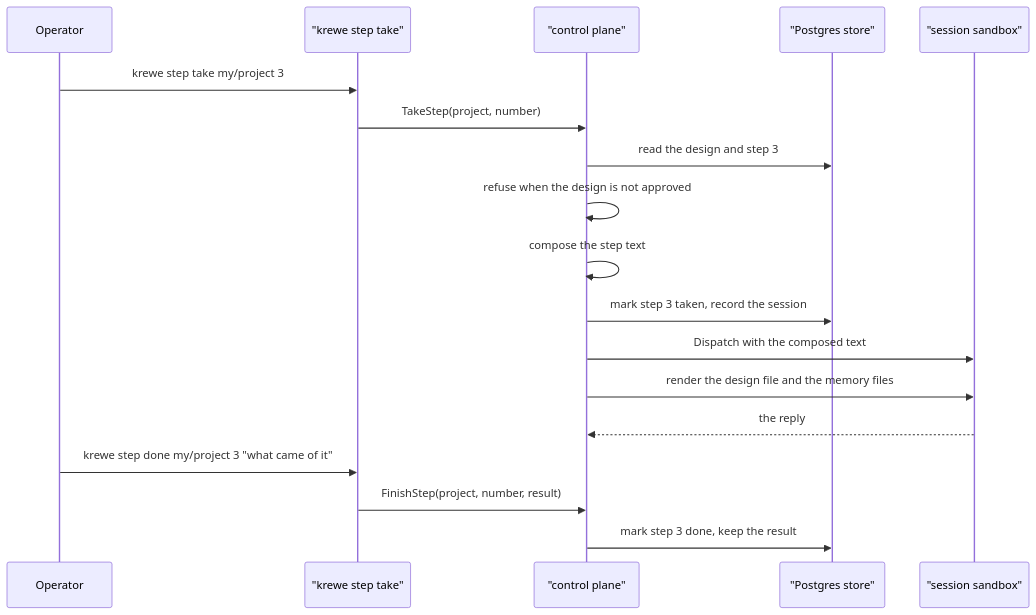
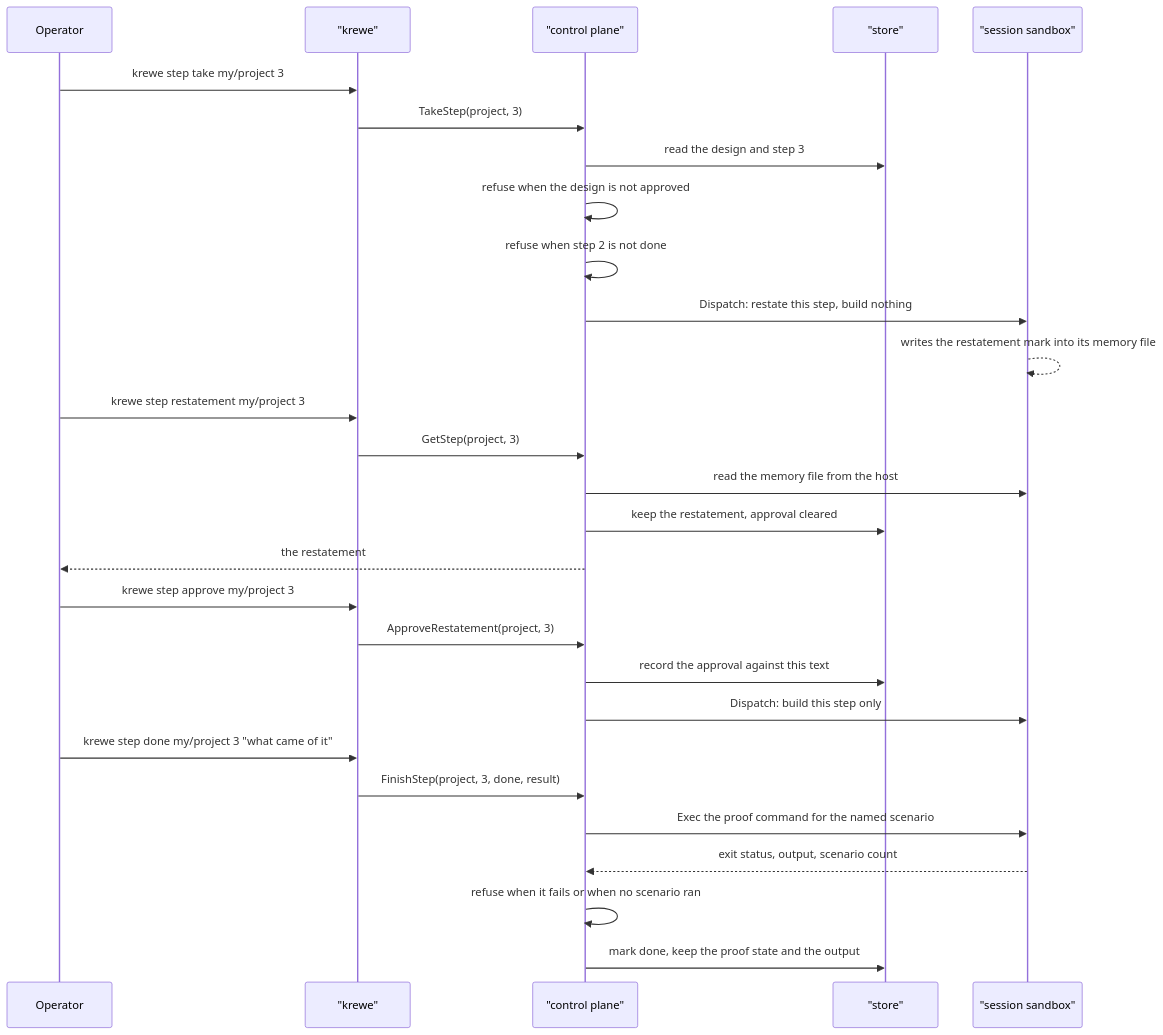
One commit to atlantic-blue/quay-crew changed the third of 3 diagrams in .greenlight/DESIGN.md. Above: the diagram before and after it, drawn with Mermaid. The commit also changed other lines of this file and 6 other files, not shown here.

Commit message:
docs: revise the design after the trust, fan out and command decisions (#698)

````diff
--- a/.greenlight/DESIGN.md
+++ b/.greenlight/DESIGN.md
@@ -280,20 +436,30 @@
 ```mermaid
 sequenceDiagram
   participant Operator
-  participant CLI as "krewe step take"
+  participant CLI as "krewe"
   participant Control as "control plane"
-  participant Store as "Postgres store"
+  participant Store as "store"
   participant Session as "session sandbox"
   Operator->>CLI: krewe step take my/project 3
-  CLI->>Control: TakeStep(project, number)
+  CLI->>Control: TakeStep(project, 3)
   Control->>Store: read the design and step 3
   Control->>Control: refuse when the design is not approved
-  Control->>Control: compose the step text
-  Control->>Store: mark step 3 taken, record the session
-  Control->>Session: Dispatch with the composed text
-  Control->>Session: render the design file and the memory files
-  Session-->>Control: the reply
+  Control->>Control: refuse when step 2 is not done
+  Control->>Session: Dispatch: restate this step, build nothing
+  Session-->>Session: writes the restatement mark into its memory file
+  Operator->>CLI: krewe step restatement my/project 3
+  CLI->>Control: GetStep(project, 3)
+  Control->>Session: read the memory file from the host
+  Control->>Store: keep the restatement, approval cleared
+  Control-->>Operator: the restatement
+  Operator->>CLI: krewe step approve my/project 3
+  CLI->>Control: ApproveRestatement(project, 3)
+  Control->>Store: record the approval against this text
+  Control->>Session: Dispatch: build this step only
   Operator->>CLI: krewe step done my/project 3 "what came of it"
-  CLI->>Control: FinishStep(project, number, result)
-  Control->>Store: mark step 3 done, keep the result
+  CLI->>Control: FinishStep(project, 3, done, result)
+  Control->>Session: Exec the proof command for the named scenario
+  Session-->>Control: exit status, output, scenario count
+  Control->>Control: refuse when it fails or when no scenario ran
+  Control->>Store: mark done, keep the proof state and the output
 ```
````
